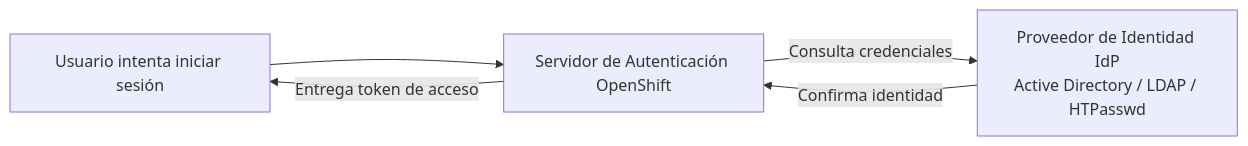
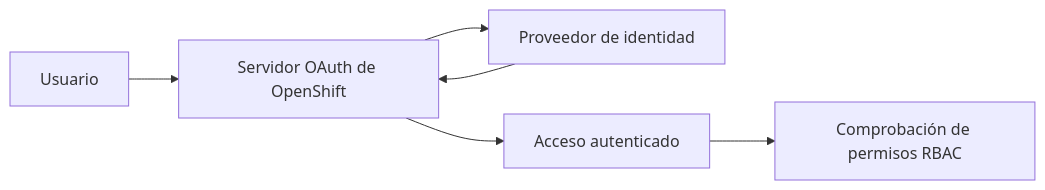
One commit to ieftraining/curso-openshift changed the sixth of 7 diagrams in docs/sesion4/4.1 Proyectos y permisos.md. Above: the diagram before and after it, drawn with Mermaid. The commit also changed other lines of this file, not shown here.

````diff
--- a/docs/sesion4/4.1 Proyectos y permisos.md
+++ b/docs/sesion4/4.1 Proyectos y permisos.md
@@ -182,7 +170,8 @@
 ```mermaid
 flowchart LR
-    A[Usuario intenta iniciar sesión] --> B[Servidor de Autenticación OpenShift]
-    B -->|Consulta credenciales| C[Proveedor de Identidad IdP<br>Active Directory / LDAP / HTPasswd]
-    C -->|Confirma identidad| B
-    B -->|Entrega token de acceso| A
+    U[Usuario] --> O[Servidor OAuth de OpenShift]
+    O --> IDP[Proveedor de identidad]
+    IDP --> O
+    O --> API[Acceso autenticado]
+    API --> RBAC[Comprobación de permisos RBAC]
 ```
````
